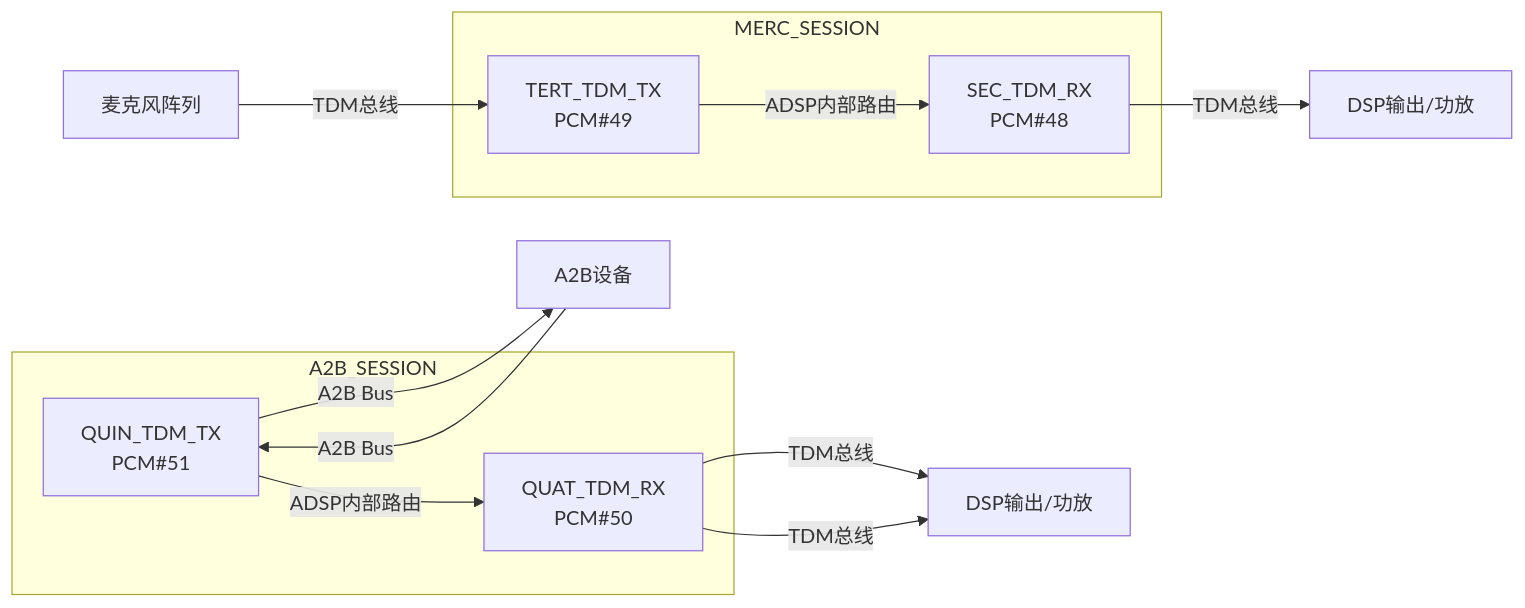
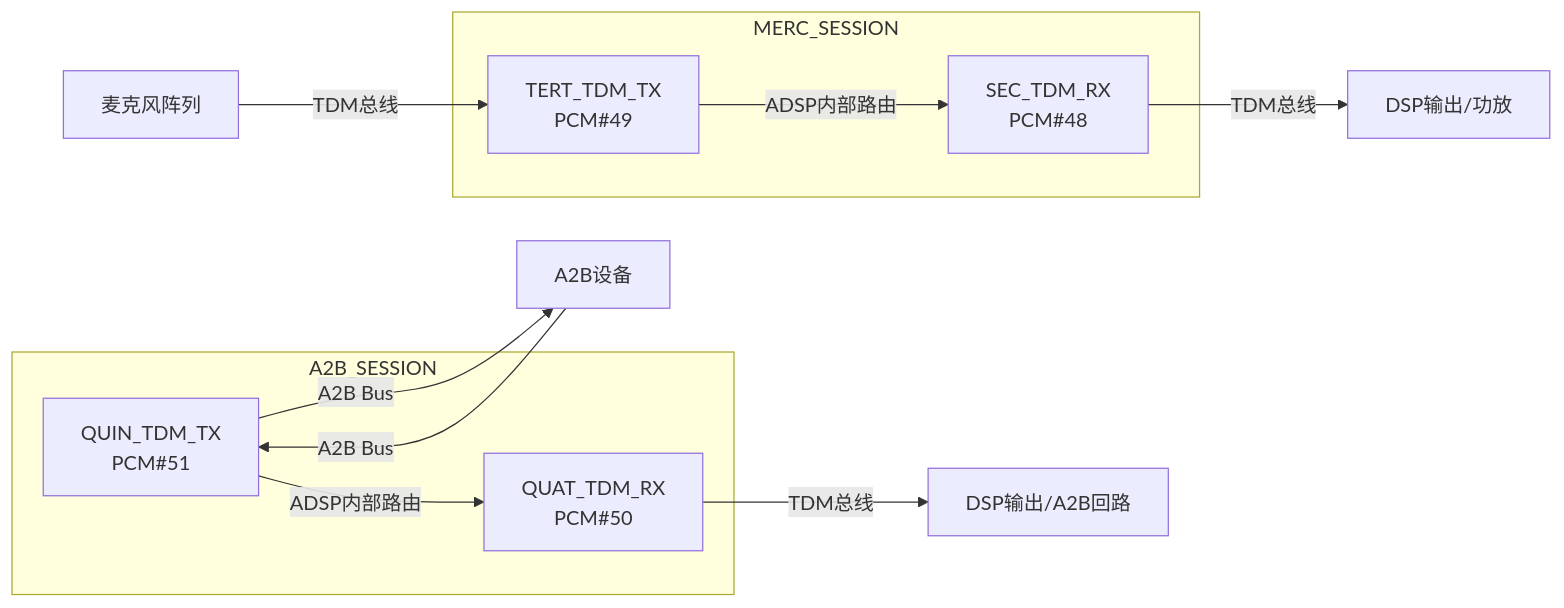
One commit to yanglinzhen1022/SA8295_AAOS_QNX_Audio_KnowledgeBase changed the second of 2 diagrams in 16_Vendor_QNX_Architecture/16_16.2_auto-audiod守护进程.md. Above: the diagram before and after it, drawn with Mermaid. The commit also changed other lines of this file and 48 other files, not shown here.

````diff
--- a/16_Vendor_QNX_Architecture/16_16.2_auto-audiod守护进程.md
+++ b/16_Vendor_QNX_Architecture/16_16.2_auto-audiod守护进程.md
@@ -288,18 +416,17 @@
 ```mermaid
 graph LR
     subgraph MERC_SESSION["MERC_SESSION"]
         MTX["TERT_TDM_TX<br/>PCM#49"] -->|ADSP内部路由| MRX["SEC_TDM_RX<br/>PCM#48"]
     end
 
     subgraph A2B_SESSION["A2B_SESSION"]
         ATX["QUIN_TDM_TX<br/>PCM#51"] -->|ADSP内部路由| ARX["QUAT_TDM_RX<br/>PCM#50"]
     end
 
     MIC[麦克风阵列] -->|TDM总线| MTX
     ATX -->|A2B Bus| A2B_DEV[A2B设备]
     A2B_DEV -->|A2B Bus| ATX
 
     MRX -->|TDM总线| DSP_OUT[DSP输出/功放]
-    ARX -->|TDM总线| DSP_OUT2[DSP输出/功放]
-    ARX -->|TDM总线| DSP_OUT2[DSP输出/功放]
+    ARX -->|TDM总线| DSP_OUT2[DSP输出/A2B回路]
 ```
````
